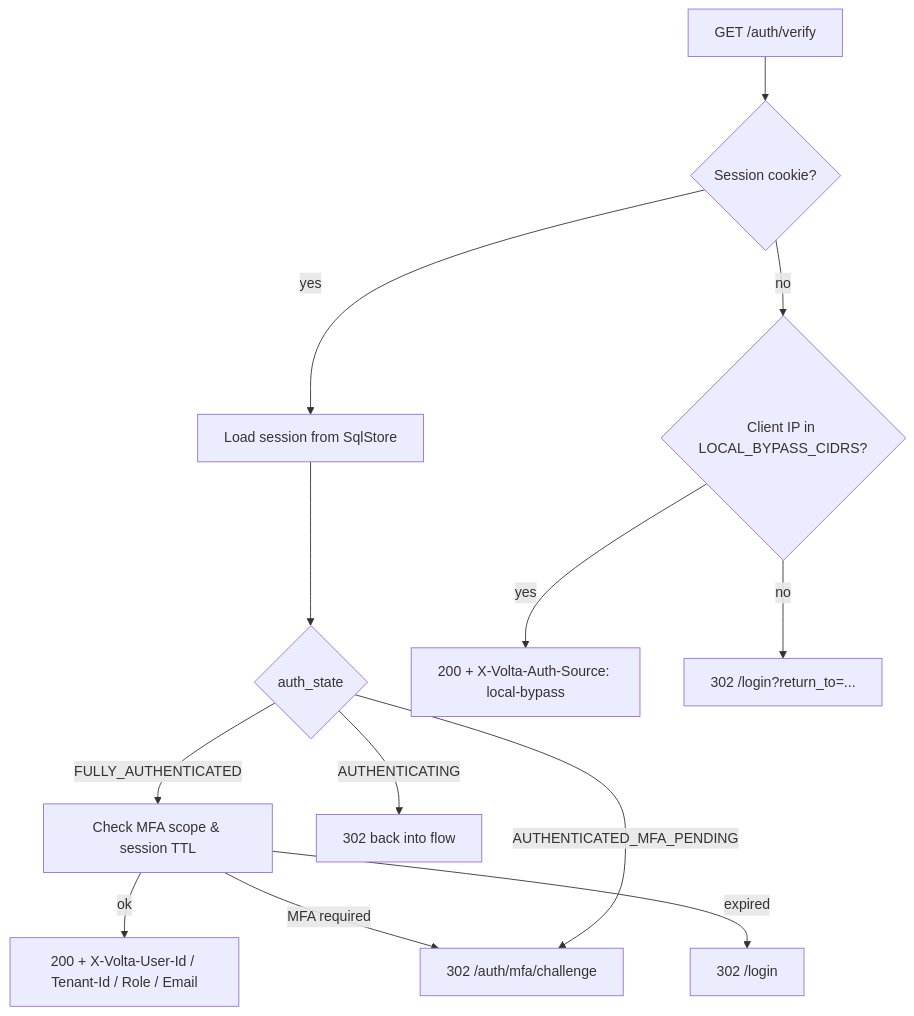
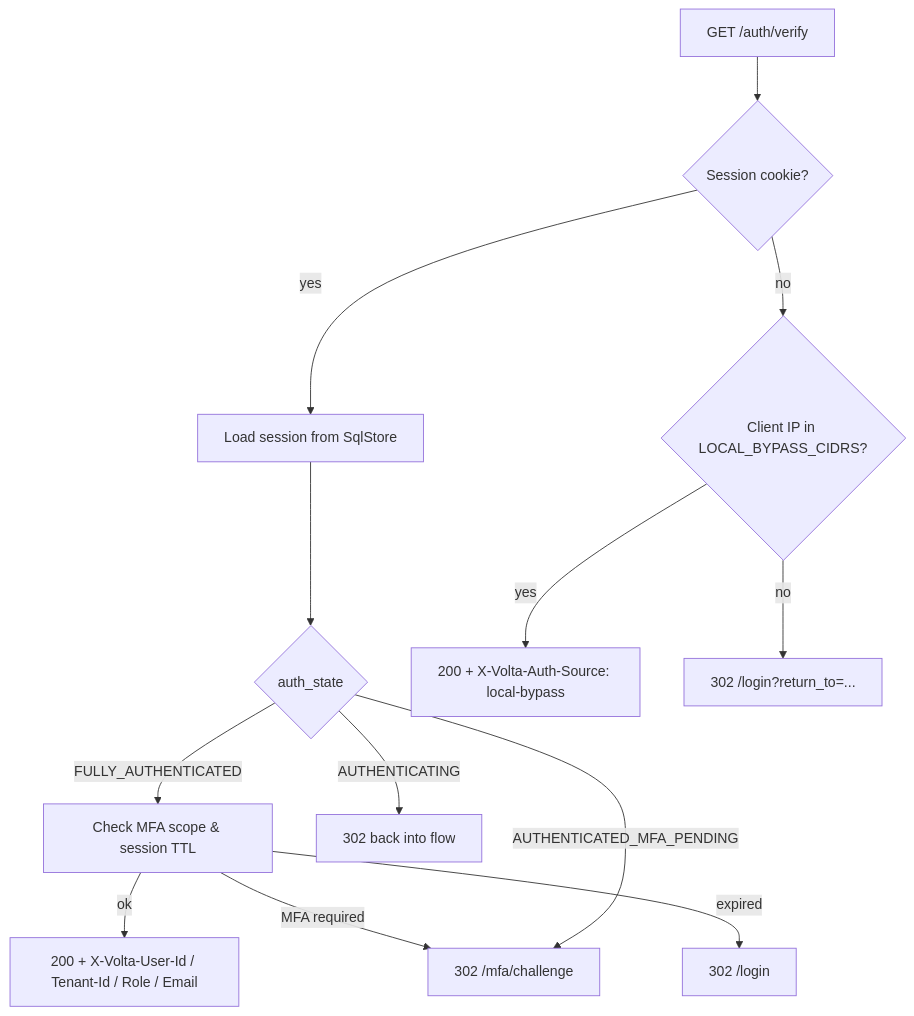
One commit to opaopa6969/volta-auth-proxy changed the second of 6 diagrams in docs/architecture.md. Above: the diagram before and after it, drawn with Mermaid. The commit also changed 6 other files, not shown here.

````diff
--- a/docs/architecture.md
+++ b/docs/architecture.md
@@ -72,15 +72,15 @@
 ```mermaid
 flowchart TD
     A[GET /auth/verify] --> B{Session cookie?}
     B -- yes --> C[Load session from SqlStore]
     C --> D{auth_state}
     D -- FULLY_AUTHENTICATED --> E[Check MFA scope & session TTL]
     E -- ok --> F[200 + X-Volta-User-Id / Tenant-Id / Role / Email]
-    E -- MFA required --> G[302 /auth/mfa/challenge]
+    E -- MFA required --> G[302 /mfa/challenge]
     E -- expired --> H[302 /login]
     D -- AUTHENTICATED_MFA_PENDING --> G
     D -- AUTHENTICATING --> I[302 back into flow]
     B -- no --> J{Client IP in LOCAL_BYPASS_CIDRS?}
     J -- yes --> K[200 + X-Volta-Auth-Source: local-bypass]
     J -- no --> L[302 /login?return_to=...]
 ```
````
